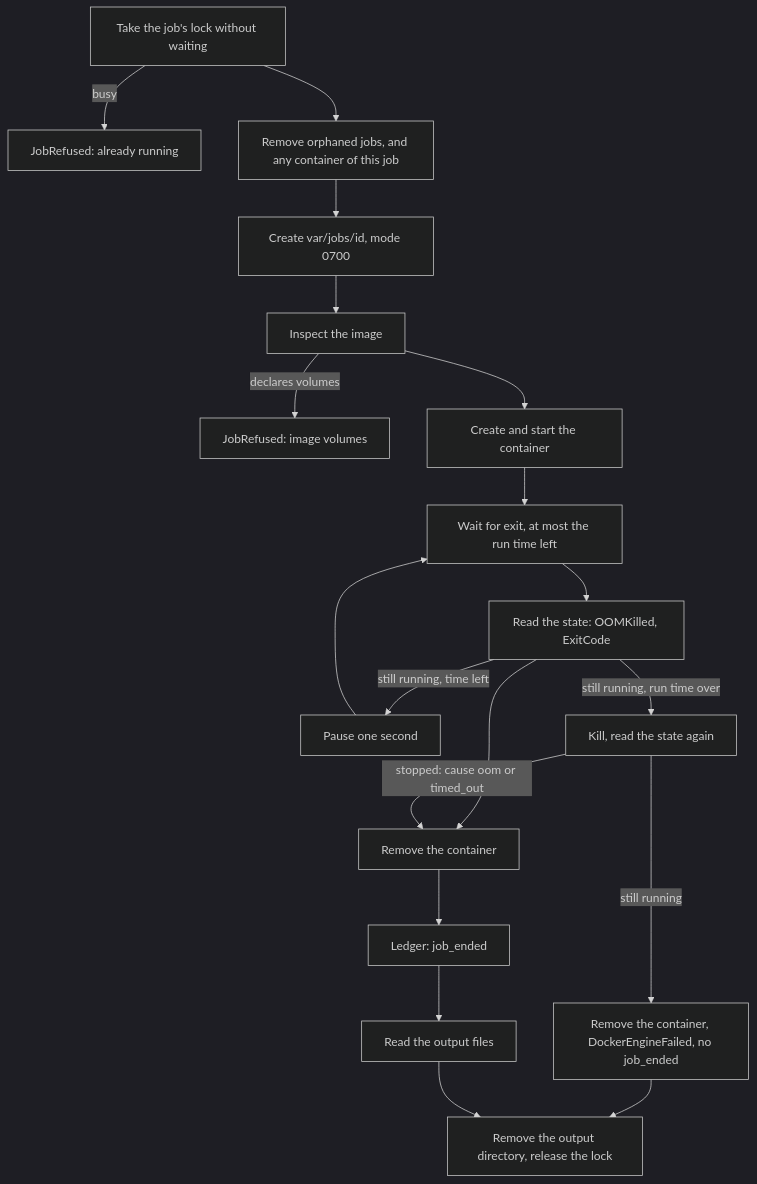
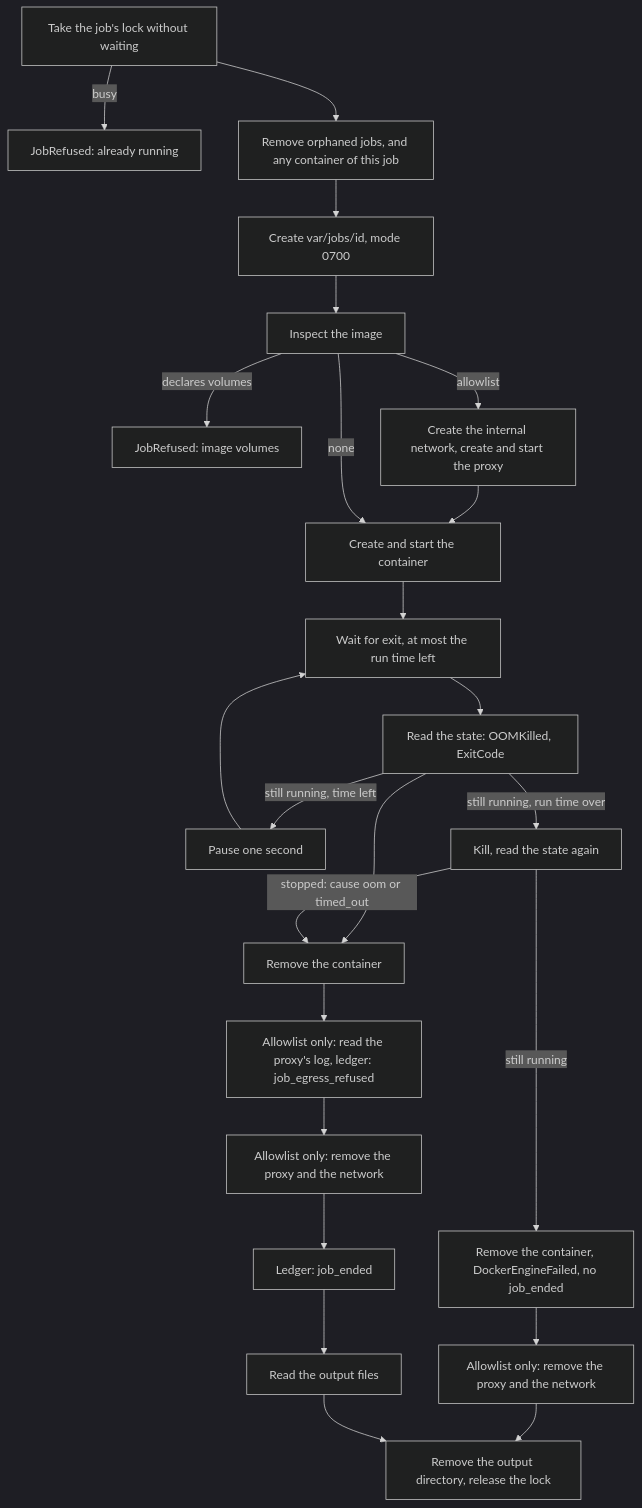
The diagram in docs/architecture/job-containers.md (shinyredapples/intakt), drawn with Mermaid (dark theme) before and after one commit. The commit also changed other lines of this file and 5 other files, not shown here.

Commit message:
docs(job): describe the per-job egress proxy, its refusals and its cleanup

````diff
--- a/docs/architecture/job-containers.md
+++ b/docs/architecture/job-containers.md
@@ -34,21 +35,26 @@
 ```mermaid
 flowchart TD
   lock[Take the job's lock without waiting] -->|busy| refused[JobRefused: already running]
   lock --> sweep[Remove orphaned jobs, and any container of this job]
   sweep --> prepare[Create var/jobs/id, mode 0700]
   prepare --> inspect[Inspect the image]
   inspect -->|declares volumes| volumes[JobRefused: image volumes]
-  inspect --> create[Create and start the container]
+  inspect -->|allowlist| open[Create the internal network, create and start the proxy]
+  open --> create
+  inspect -->|none| create[Create and start the container]
   create --> wait[Wait for exit, at most the run time left]
   wait --> state[Read the state: OOMKilled, ExitCode]
   state -->|still running, time left| pause[Pause one second]
   pause --> wait
   state -->|still running, run time over| kill[Kill, read the state again]
   state --> remove[Remove the container]
   kill -->|stopped: cause oom or timed_out| remove
   kill -->|still running| failed[Remove the container, DockerEngineFailed, no job_ended]
-  failed --> clean
-  remove --> record[Ledger: job_ended]
+  failed --> failclose[Allowlist only: remove the proxy and the network]
+  failclose --> clean
+  remove --> refusals[Allowlist only: read the proxy's log, ledger: job_egress_refused]
+  refusals --> close[Allowlist only: remove the proxy and the network]
+  close --> record[Ledger: job_ended]
   record --> read[Read the output files]
   read --> clean[Remove the output directory, release the lock]
 ```
````
